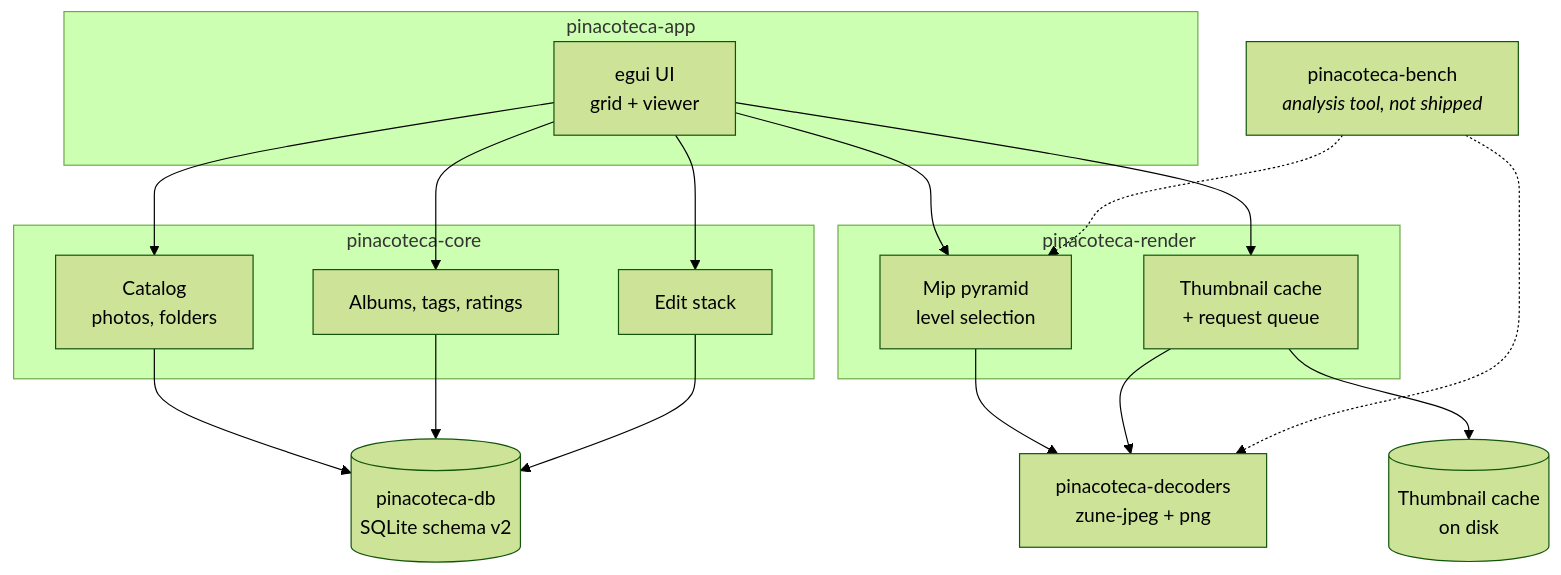
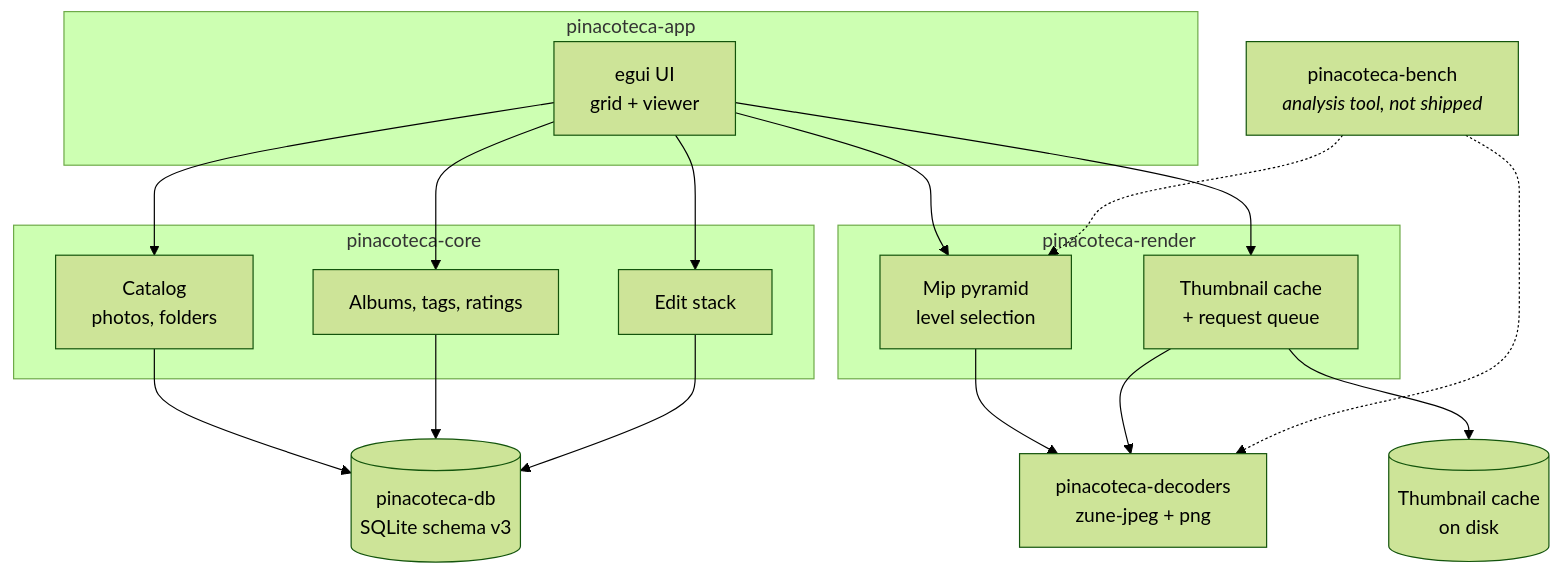
The diagram in docs/architecture.md (marcelofrau/pinacoteca), drawn with Mermaid (forest theme) before and after one commit. The commit also changed other lines of this file and 1 other file, not shown here.

First line of the commit message:
docs(m4): completeness review and architecture update

````diff
--- a/docs/architecture.md
+++ b/docs/architecture.md
@@ -8,33 +8,33 @@
 ```mermaid
 flowchart TB
     subgraph app[pinacoteca-app]
         UI[egui UI<br/>grid + viewer]
     end
     subgraph render[pinacoteca-render]
         PYR[Mip pyramid<br/>level selection]
         THUMB[Thumbnail cache<br/>+ request queue]
     end
     subgraph core[pinacoteca-core]
         CAT[Catalog<br/>photos, folders]
         ALB[Albums, tags, ratings]
         EDIT[Edit stack]
     end
     DEC[pinacoteca-decoders<br/>zune-jpeg + png]
-    DB[(pinacoteca-db<br/>SQLite schema v2)]
+    DB[(pinacoteca-db<br/>SQLite schema v3)]
     CACHE[(Thumbnail cache<br/>on disk)]
     TITLEBIN[pinacoteca-bench<br/><i>analysis tool, not shipped</i>]
 
     UI --> CAT
     UI --> ALB
     UI --> EDIT
     UI --> PYR
     UI --> THUMB
     CAT --> DB
     ALB --> DB
     EDIT --> DB
     PYR --> DEC
     THUMB --> DEC
     THUMB --> CACHE
     TITLEBIN -.-> DEC
     TITLEBIN -.-> PYR
 ```
````
